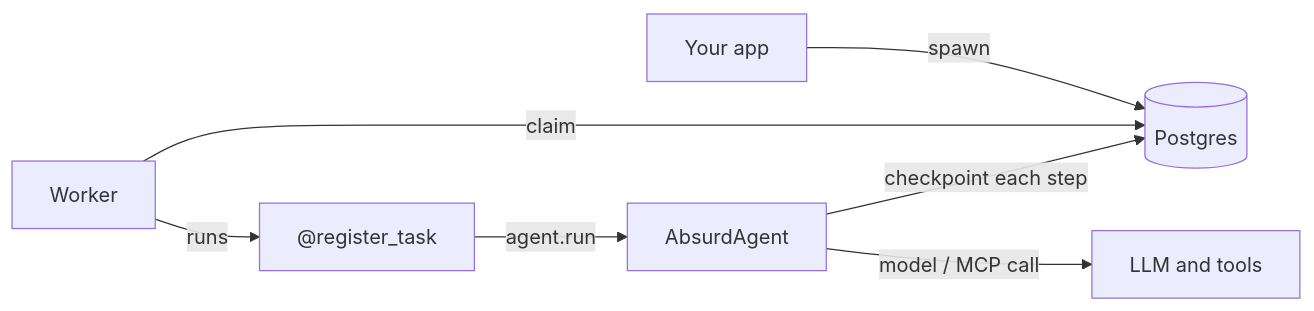
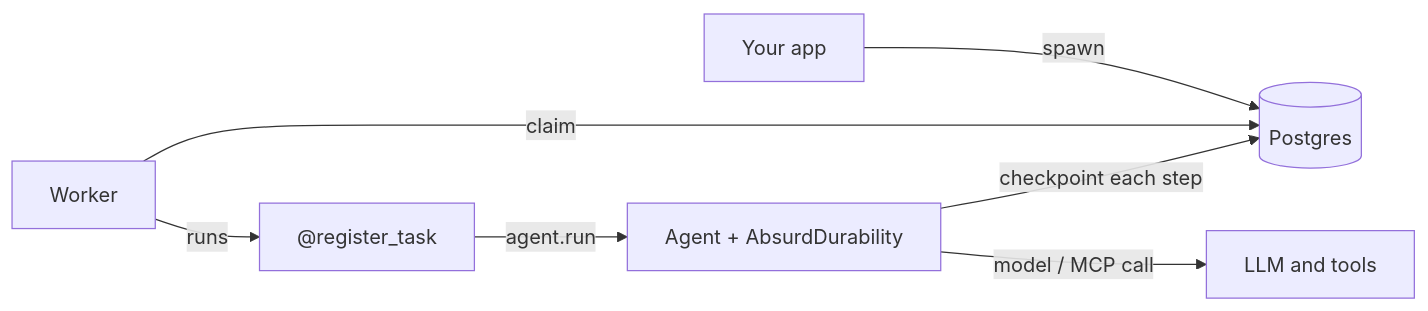
Before and after one commit to Kludex/pydantic-ai-absurd: the diagram in docs/index.md, drawn with Mermaid. The commit also changed other lines of this file and 16 other files, not shown here.

Commit message:
Add `AbsurdDurability` capability and deprecate `AbsurdAgent` (#16)

````diff
--- a/docs/index.md
+++ b/docs/index.md
@@ -65,9 +65,9 @@
 ```mermaid
 flowchart LR
     Client[Your app] -->|spawn| DB[(Postgres)]
     Worker[Worker] -->|claim| DB
     Worker -->|runs| Task["@register_task"]
-    Task -->|agent.run| Run[AbsurdAgent]
+    Task -->|agent.run| Run[Agent + AbsurdDurability]
     Run -->|checkpoint each step| DB
     Run -->|model / MCP call| LLM[LLM and tools]
 ```
````
